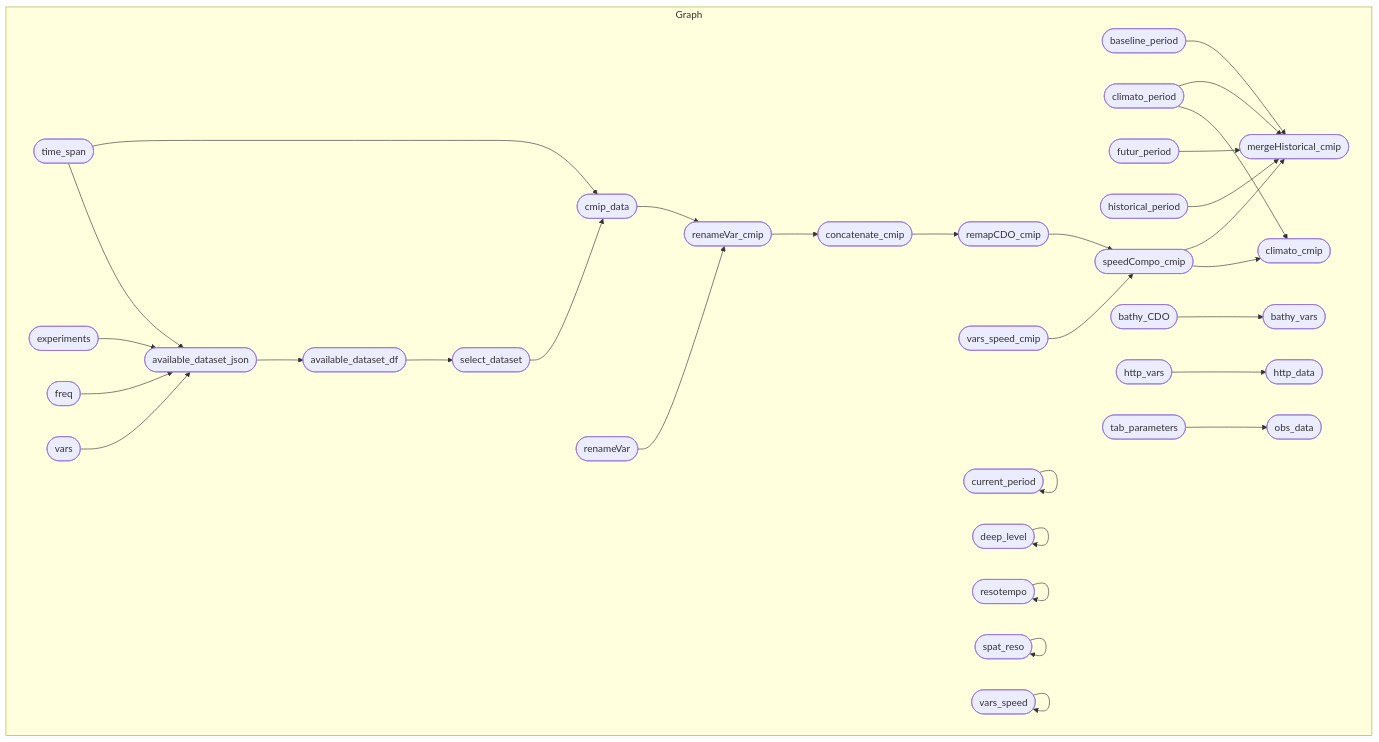
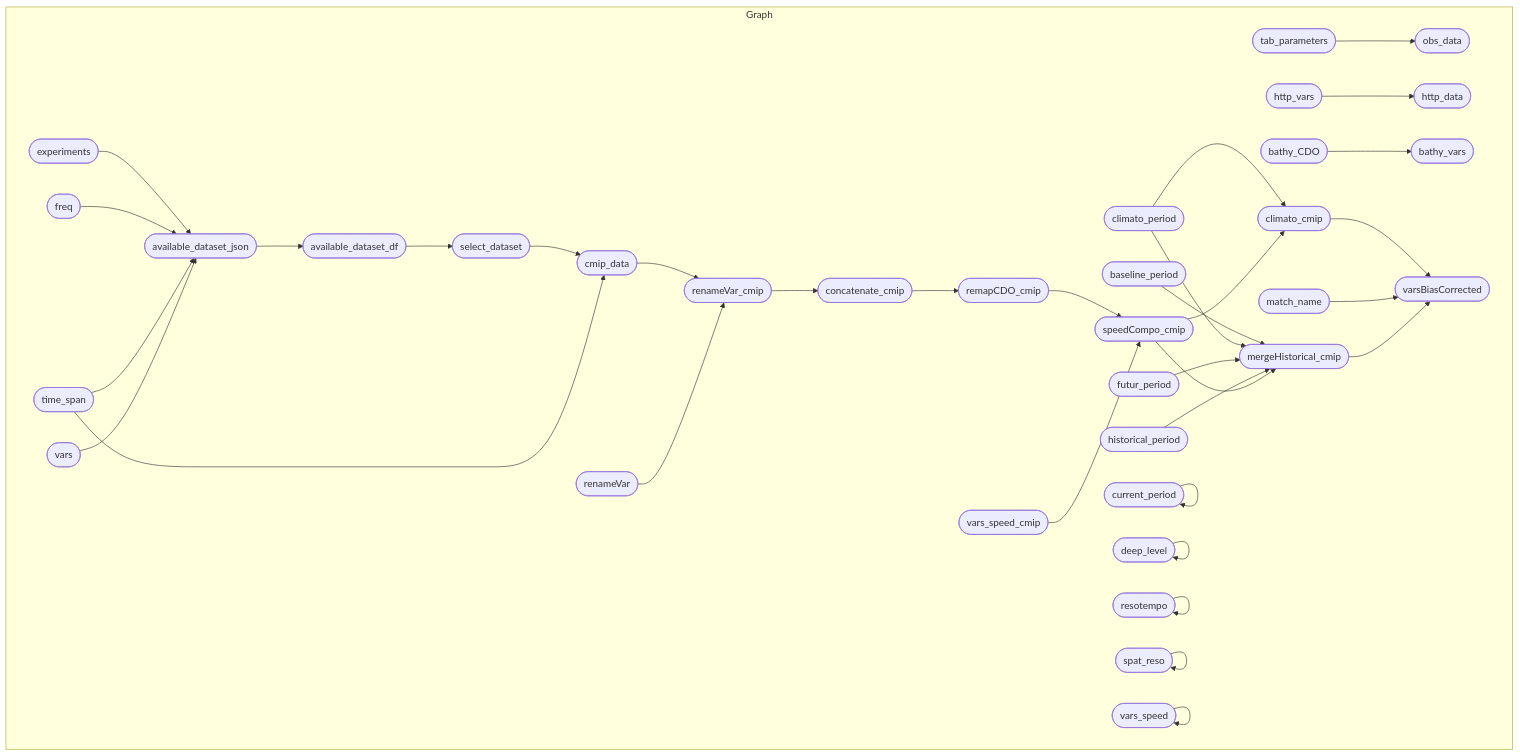
The diagram in README.md (r-fernandezz/downshape), drawn with Mermaid before and after one commit. The commit also changed other lines of this file and 3 other files, not shown here.

````diff
--- a/README.md
+++ b/README.md
@@ -25,35 +25,38 @@
 ``` mermaid
 graph LR
   subgraph Graph
     direction LR
     x21b09bf88a2ff147(["baseline_period"]):::uptodate --> xf21dac5ab86940da(["mergeHistorical_cmip"]):::uptodate
     xbbe4eafa679df977(["climato_period"]):::uptodate --> xf21dac5ab86940da(["mergeHistorical_cmip"]):::uptodate
     xbce5cad1cf7e7103(["futur_period"]):::uptodate --> xf21dac5ab86940da(["mergeHistorical_cmip"]):::uptodate
     x57dd1d5e854c11b6(["historical_period"]):::uptodate --> xf21dac5ab86940da(["mergeHistorical_cmip"]):::uptodate
     xe5de19f3be59da20(["speedCompo_cmip"]):::uptodate --> xf21dac5ab86940da(["mergeHistorical_cmip"]):::uptodate
-    x0262297569c18022(["renameVar_cmip"]):::uptodate --> x4fe875b2492d0106(["concatenate_cmip"]):::uptodate
+    xe895740a9b7896f7(["available_dataset_df"]):::uptodate --> x3f5ab24ee8d242b4(["select_dataset"]):::uptodate
+    x6fcf9b0e7fc429ff(["available_dataset_json"]):::uptodate --> xe895740a9b7896f7(["available_dataset_df"]):::uptodate
+    xf4b49e2ba07661b1(["remapCDO_cmip"]):::uptodate --> xe5de19f3be59da20(["speedCompo_cmip"]):::uptodate
+    x7a197bdf5f12681a(["vars_speed_cmip"]):::uptodate --> xe5de19f3be59da20(["speedCompo_cmip"]):::uptodate
     xbbe4eafa679df977(["climato_period"]):::uptodate --> x0c817e56268c947c(["climato_cmip"]):::uptodate
     xe5de19f3be59da20(["speedCompo_cmip"]):::uptodate --> x0c817e56268c947c(["climato_cmip"]):::uptodate
-    xf5c6fd225c377a3d(["bathy_CDO"]):::uptodate --> xb5817e1daca13dcc(["bathy_vars"]):::outdated
-    x71e926299248ce3f(["http_vars"]):::uptodate --> x35b468daf9281b76(["http_data"]):::uptodate
-    xf4b49e2ba07661b1(["remapCDO_cmip"]):::uptodate --> xe5de19f3be59da20(["speedCompo_cmip"]):::uptodate
-    x7a197bdf5f12681a(["vars_speed_cmip"]):::uptodate --> xe5de19f3be59da20(["speedCompo_cmip"]):::uptodate
     x4301c707c2ab0cdc(["tab_parameters"]):::outdated --> xd7bca5ba4e5f539d(["obs_data"]):::outdated
-    x3f5ab24ee8d242b4(["select_dataset"]):::uptodate --> xd8e5f2013a341013(["cmip_data"]):::uptodate
-    x2c0118dd07b06ac8(["time_span"]):::uptodate --> xd8e5f2013a341013(["cmip_data"]):::uptodate
-    xd8e5f2013a341013(["cmip_data"]):::uptodate --> x0262297569c18022(["renameVar_cmip"]):::uptodate
-    xd15c82dcb79a7c2e(["renameVar"]):::uptodate --> x0262297569c18022(["renameVar_cmip"]):::uptodate
-    x6fcf9b0e7fc429ff(["available_dataset_json"]):::uptodate --> xe895740a9b7896f7(["available_dataset_df"]):::uptodate
-    x4fe875b2492d0106(["concatenate_cmip"]):::uptodate --> xf4b49e2ba07661b1(["remapCDO_cmip"]):::uptodate
-    xe895740a9b7896f7(["available_dataset_df"]):::uptodate --> x3f5ab24ee8d242b4(["select_dataset"]):::uptodate
     xac02e5e58926353b(["experiments"]):::uptodate --> x6fcf9b0e7fc429ff(["available_dataset_json"]):::uptodate
     x906e78a8df9f52cb(["freq"]):::uptodate --> x6fcf9b0e7fc429ff(["available_dataset_json"]):::uptodate
     x2c0118dd07b06ac8(["time_span"]):::uptodate --> x6fcf9b0e7fc429ff(["available_dataset_json"]):::uptodate
     x8f15ec77b8dbd81a(["vars"]):::uptodate --> x6fcf9b0e7fc429ff(["available_dataset_json"]):::uptodate
+    xd8e5f2013a341013(["cmip_data"]):::uptodate --> x0262297569c18022(["renameVar_cmip"]):::uptodate
+    xd15c82dcb79a7c2e(["renameVar"]):::uptodate --> x0262297569c18022(["renameVar_cmip"]):::uptodate
+    x0262297569c18022(["renameVar_cmip"]):::uptodate --> x4fe875b2492d0106(["concatenate_cmip"]):::uptodate
+    x4fe875b2492d0106(["concatenate_cmip"]):::uptodate --> xf4b49e2ba07661b1(["remapCDO_cmip"]):::uptodate
+    x3f5ab24ee8d242b4(["select_dataset"]):::uptodate --> xd8e5f2013a341013(["cmip_data"]):::uptodate
+    x2c0118dd07b06ac8(["time_span"]):::uptodate --> xd8e5f2013a341013(["cmip_data"]):::uptodate
+    x71e926299248ce3f(["http_vars"]):::uptodate --> x35b468daf9281b76(["http_data"]):::uptodate
+    xf5c6fd225c377a3d(["bathy_CDO"]):::uptodate --> xb5817e1daca13dcc(["bathy_vars"]):::outdated
+    x0c817e56268c947c(["climato_cmip"]):::uptodate --> x178958aede3793d9(["varsBiasCorrected"]):::outdated
+    xab1c13260db879af(["match_name"]):::outdated --> x178958aede3793d9(["varsBiasCorrected"]):::outdated
+    xf21dac5ab86940da(["mergeHistorical_cmip"]):::uptodate --> x178958aede3793d9(["varsBiasCorrected"]):::outdated
     x084994fb0e480676(["current_period"]):::uptodate --> x084994fb0e480676(["current_period"]):::uptodate
     x625f066a5f205ec8(["deep_level"]):::uptodate --> x625f066a5f205ec8(["deep_level"]):::uptodate
     x55a14a7f5821bbec(["resotempo"]):::uptodate --> x55a14a7f5821bbec(["resotempo"]):::uptodate
     xe73cbbcc20086ecd(["spat_reso"]):::uptodate --> xe73cbbcc20086ecd(["spat_reso"]):::uptodate
     xca459201a27e8460(["vars_speed"]):::uptodate --> xca459201a27e8460(["vars_speed"]):::uptodate
   end
 ```
````
